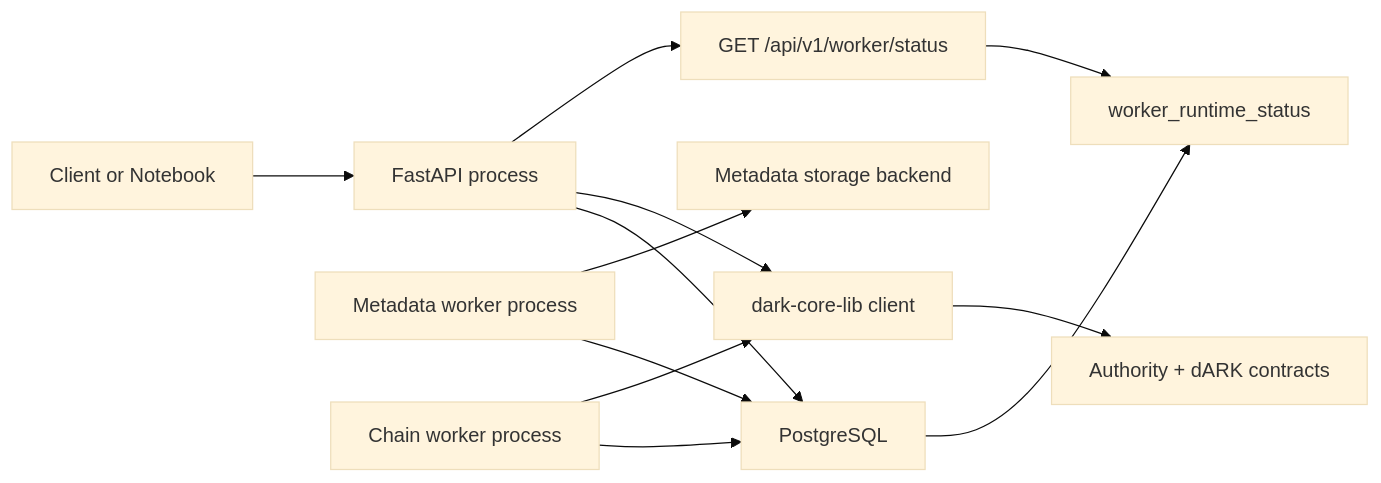
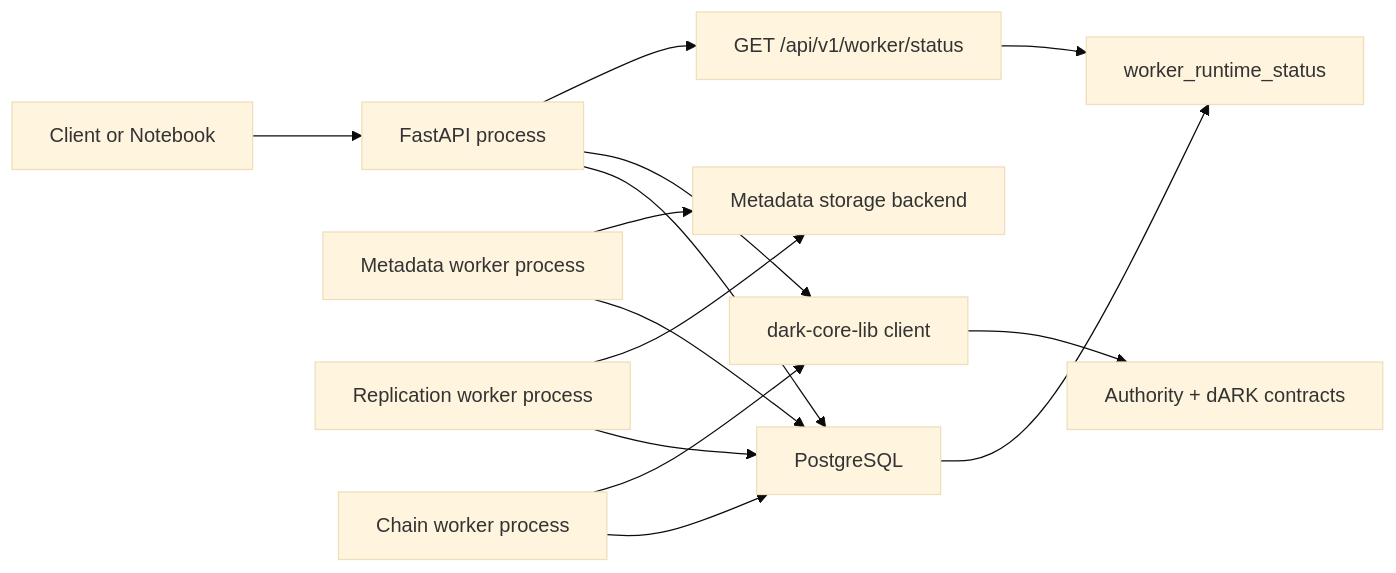
One commit to LA-Referencia-IOI/dark-core-minter-api changed the first of 13 diagrams in minter-architecture.md. Above: the diagram before and after it, drawn with Mermaid (base theme). The commit also changed other lines of this file and 15 other files, not shown here.

Commit message:
feat: separate replication reconciliation worker

````diff
--- a/minter-architecture.md
+++ b/minter-architecture.md
@@ -53,17 +53,20 @@
 ```mermaid
 flowchart LR
     Client["Client or Notebook"] --> API["FastAPI process"]
     API --> DB["PostgreSQL"]
     API --> Core["dark-core-lib client"]
     Core --> Chain["Authority + dARK contracts"]
 
     MetadataWorker["Metadata worker process"] --> DB
     MetadataWorker --> Store["Metadata storage backend"]
 
+    ReplicationWorker["Replication worker process"] --> DB
+    ReplicationWorker --> Store
+
     ChainWorker["Chain worker process"] --> DB
     ChainWorker --> Core
 
     DB --> Runtime["worker_runtime_status"]
     API --> Status["GET /api/v1/worker/status"]
     Status --> Runtime
 ```
````
